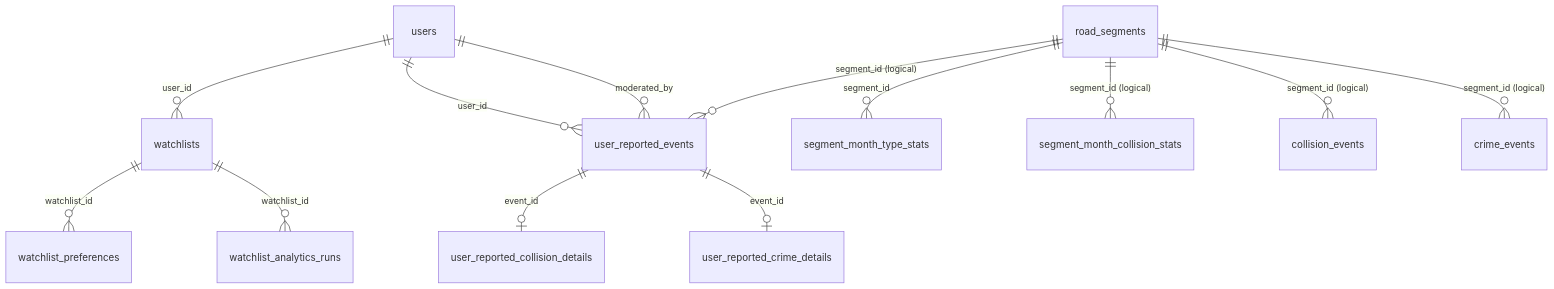
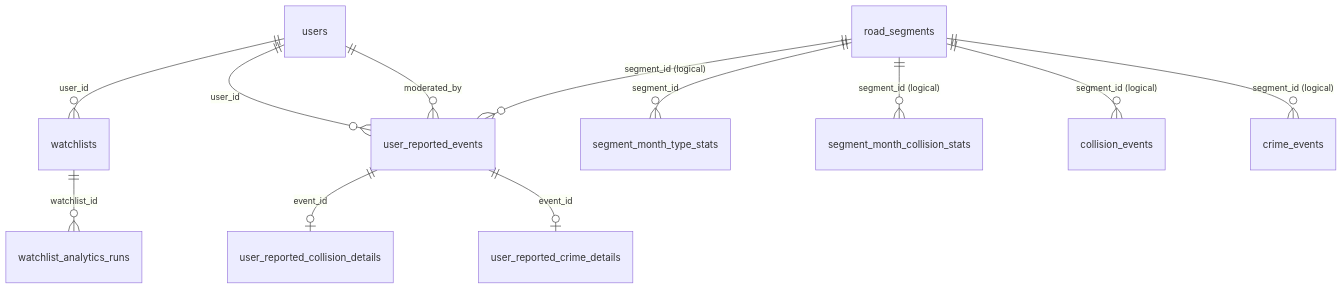
Before and after one commit to AdilAabideen/UrbanSafetyAnalyticsAPI: the diagram in docs/public-data-description.md, drawn with Mermaid. The commit also changed other lines of this file and 7 other files, not shown here.

````diff
--- a/docs/public-data-description.md
+++ b/docs/public-data-description.md
@@ -30,18 +29,17 @@
 ```mermaid
 erDiagram
     users ||--o{ watchlists : "user_id"
     users ||--o{ user_reported_events : "user_id"
     users ||--o{ user_reported_events : "moderated_by"
 
-    watchlists ||--o{ watchlist_preferences : "watchlist_id"
     watchlists ||--o{ watchlist_analytics_runs : "watchlist_id"
 
     user_reported_events ||--o| user_reported_collision_details : "event_id"
     user_reported_events ||--o| user_reported_crime_details : "event_id"
 
     road_segments ||--o{ segment_month_type_stats : "segment_id"
     road_segments ||--o{ segment_month_collision_stats : "segment_id (logical)"
     road_segments ||--o{ collision_events : "segment_id (logical)"
     road_segments ||--o{ crime_events : "segment_id (logical)"
     road_segments ||--o{ user_reported_events : "segment_id (logical)"
 ```
````
